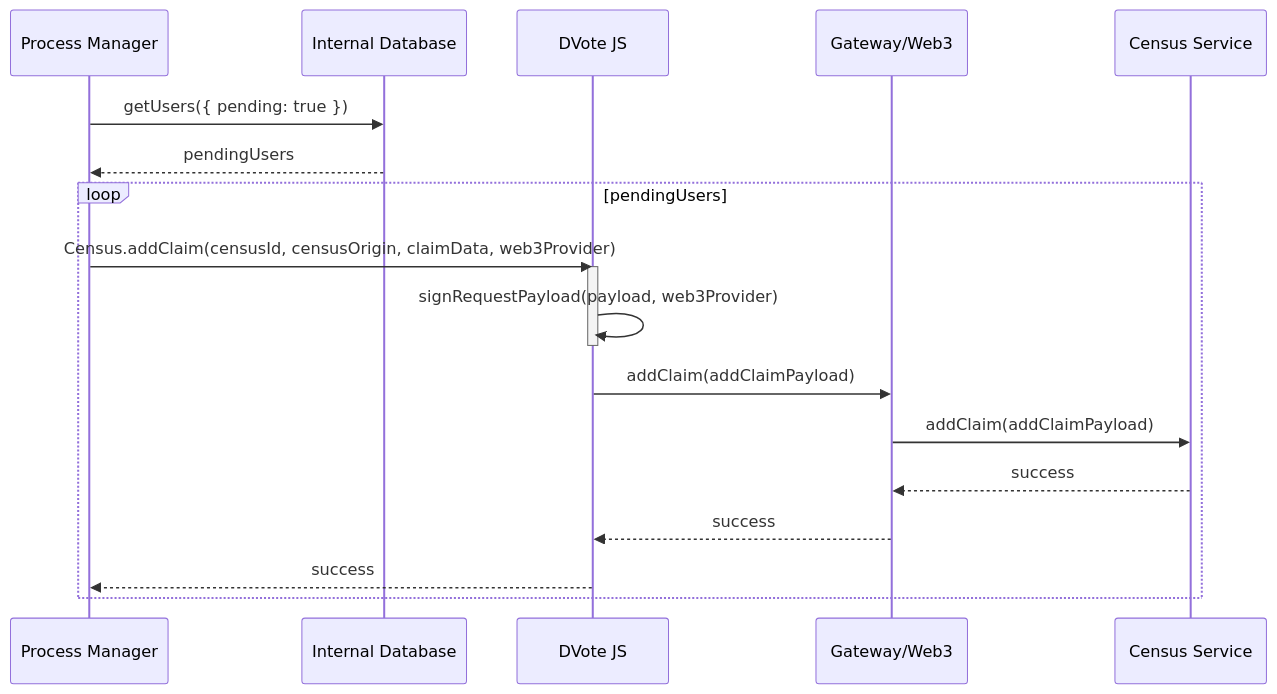
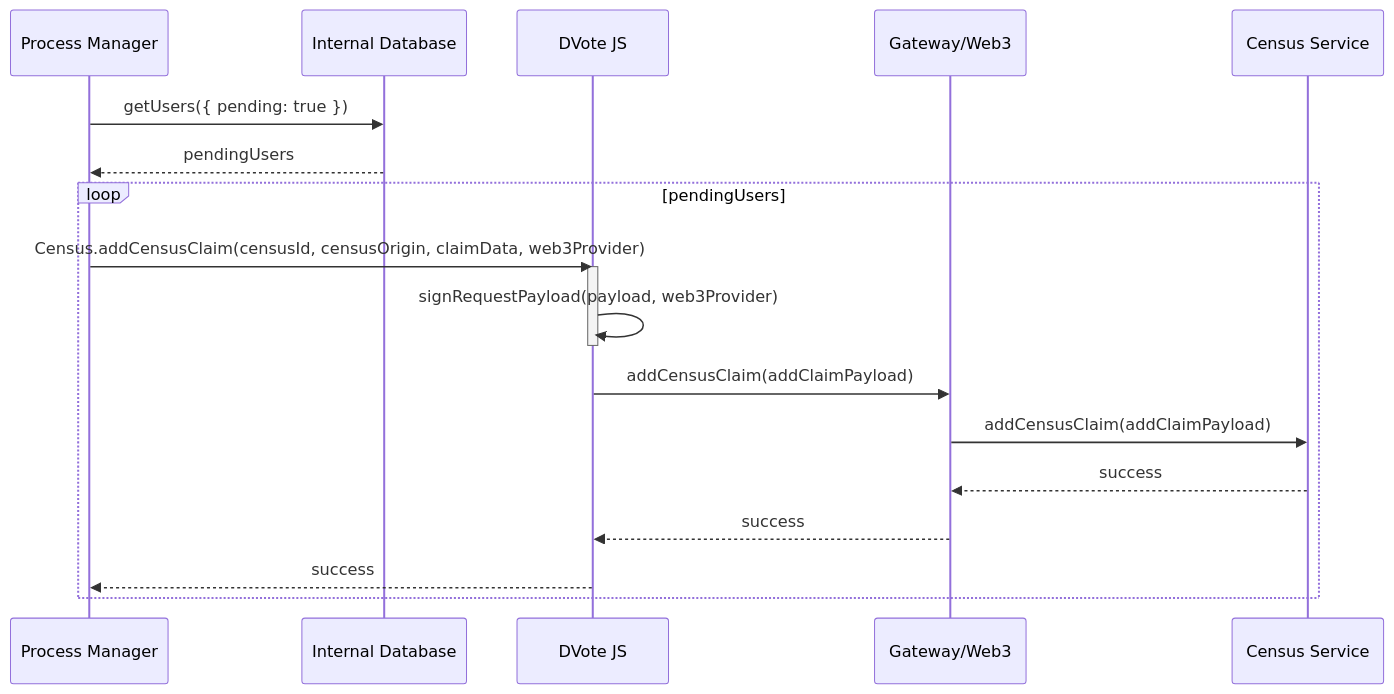
Before and after one commit to vocdoni/docs: the sixth of 15 diagrams in docs/protocol/sequence-diagrams.md, drawn with Mermaid. The commit also changed 1 other file, not shown here.

Commit message:
change addClaim to addCensusClaim for consistent naming in GW API

````diff
--- a/docs/protocol/sequence-diagrams.md
+++ b/docs/protocol/sequence-diagrams.md
@@ -216,24 +216,24 @@
 ```mermaid
 sequenceDiagram
     participant PM as Process Manager
     participant DB as Internal Database
     participant DV as DVote JS
     participant GW as Gateway/Web3
     participant CS as Census Service
 
     PM->>DB: getUsers({ pending: true })
     DB-->>PM: pendingUsers
 
 
     loop pendingUsers
-        PM->>DV: Census.addClaim(censusId, censusOrigin, claimData, web3Provider)
+        PM->>DV: Census.addCensusClaim(censusId, censusOrigin, claimData, web3Provider)
         activate DV
         DV->>DV: signRequestPayload(payload, web3Provider)
         deactivate DV
-        DV->>GW: addClaim(addClaimPayload)
-        GW->>CS: addClaim(addClaimPayload)
+        DV->>GW: addCensusClaim(addClaimPayload)
+        GW->>CS: addCensusClaim(addClaimPayload)
         CS-->>GW: success
         GW-->>DV: success
         DV-->>PM: success
     end
 ```
````
